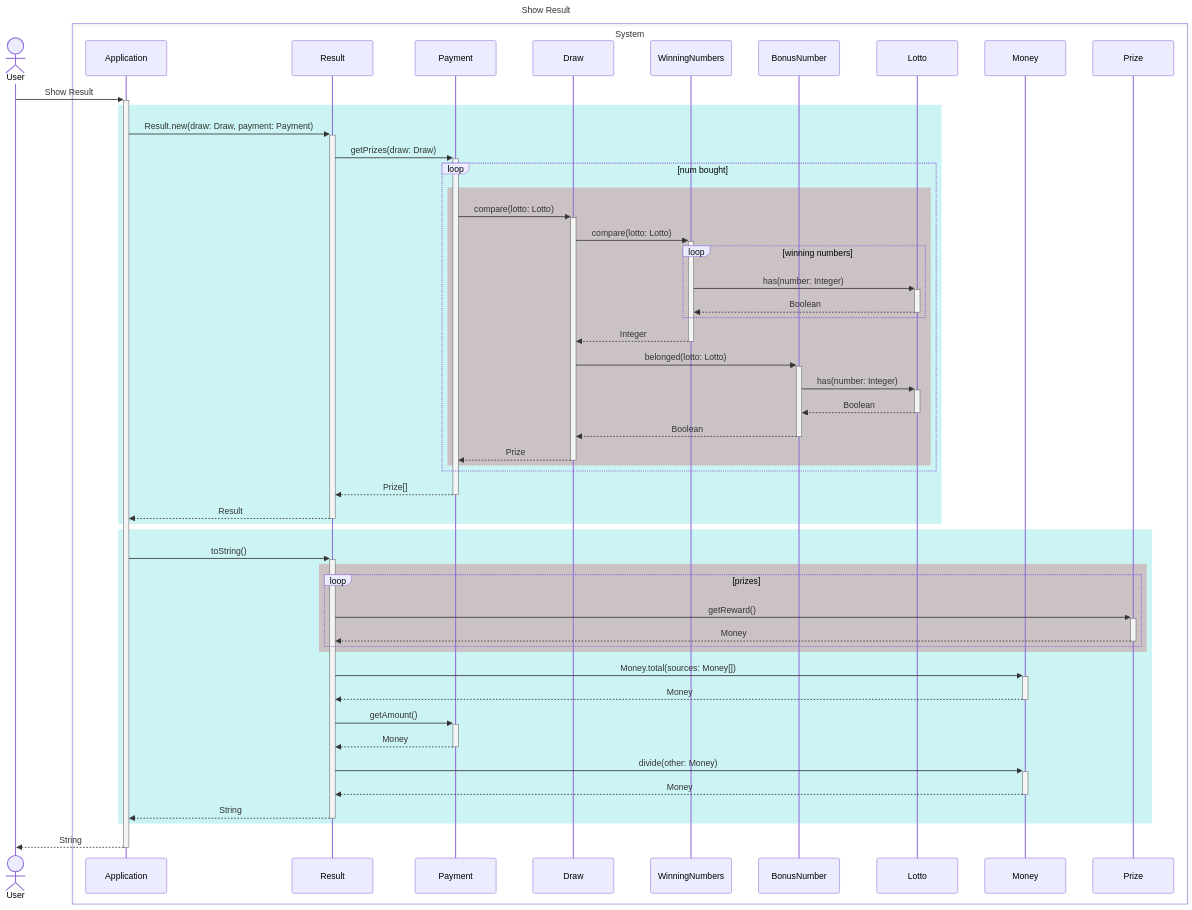
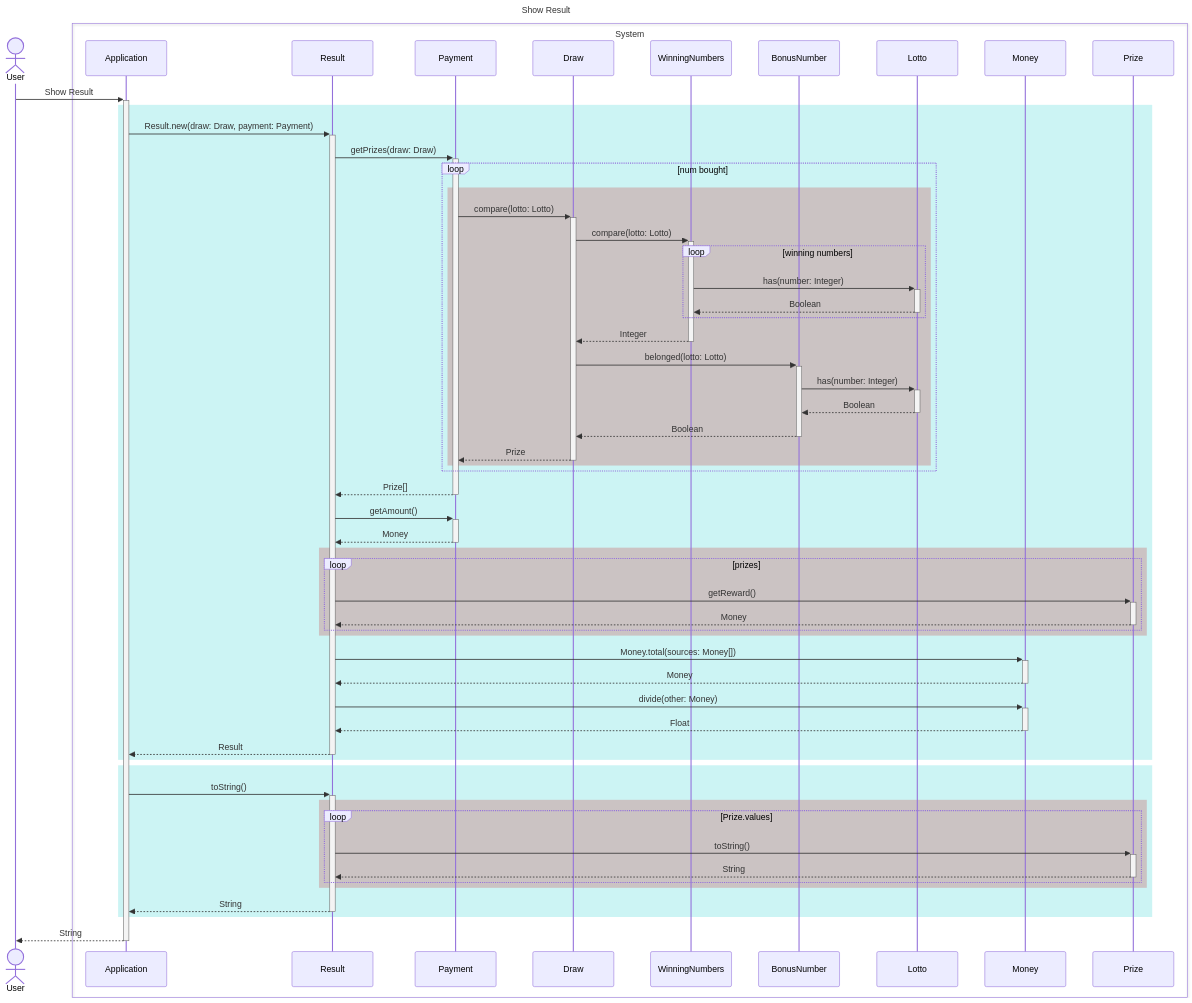
The fifth of 6 diagrams in docs/README.md (gdsc-konkuk/23-24_study_2nd_java-lotto-6), drawn with Mermaid before and after one commit. The commit also changed other lines of this file and 9 other files, not shown here.

````diff
--- a/docs/README.md
+++ b/docs/README.md
@@ -245,66 +251,72 @@
 ```mermaid
 ---
 title: Show Result
 ---
 sequenceDiagram
     actor User
     box System
         participant Application
         participant Result
         participant Payment
         participant Draw
         participant WinningNumbers
         participant BonusNumber
         participant Lotto
         participant Money
         participant Prize
     end
 
     User ->>+ Application: Show Result
     rect rgb(0, 200, 200, 0.2)
         Application ->>+ Result: Result.new(draw: Draw, payment: Payment)
         Result ->>+ Payment: getPrizes(draw: Draw)
 
         loop num bought
             rect rgb(200, 0, 0, 0.2)
                 Payment ->>+ Draw: compare(lotto: Lotto)
                 Draw ->>+ WinningNumbers: compare(lotto: Lotto)
 
                 loop winning numbers
                     WinningNumbers ->>+ Lotto: has(number: Integer)
                     Lotto -->>- WinningNumbers: Boolean
                 end
 
                 WinningNumbers -->>- Draw: Integer
                 Draw ->>+ BonusNumber: belonged(lotto: Lotto)
                 BonusNumber ->>+ Lotto: has(number: Integer)
                 Lotto -->>- BonusNumber: Boolean
                 BonusNumber -->>- Draw: Boolean
                 Draw -->>- Payment: Prize
             end
         end
 
         Payment -->>- Result: Prize[]
-        Result -->>- Application: Result
-    end
-
-    rect rgb(0, 200, 200, 0.2)
-        Application ->>+ Result: toString()
-
+        Result ->>+ Payment: getAmount()
+        Payment -->>- Result: Money
         rect rgb(200, 0, 0, 0.2)
             loop prizes
                 Result ->>+ Prize: getReward()
                 Prize -->>- Result: Money
             end
         end
+
         Result ->>+ Money: Money.total(sources: Money[])
         Money -->>- Result: Money
-        Result ->>+ Payment: getAmount()
-        Payment -->>- Result: Money
         Result ->>+ Money: divide(other: Money)
-        Money -->>- Result: Money
+        Money -->>- Result: Float
+        Result -->>- Application: Result
+    end
+
+    rect rgb(0, 200, 200, 0.2)
+        Application ->>+ Result: toString()
+        rect rgb(200, 0, 0, 0.2)
+            loop Prize.values
+                Result ->>+ Prize: toString()
+                Prize -->>- Result: String
+            end
+        end
         Result -->>- Application: String
     end
 
     Application -->>- User: String
 ```
````
